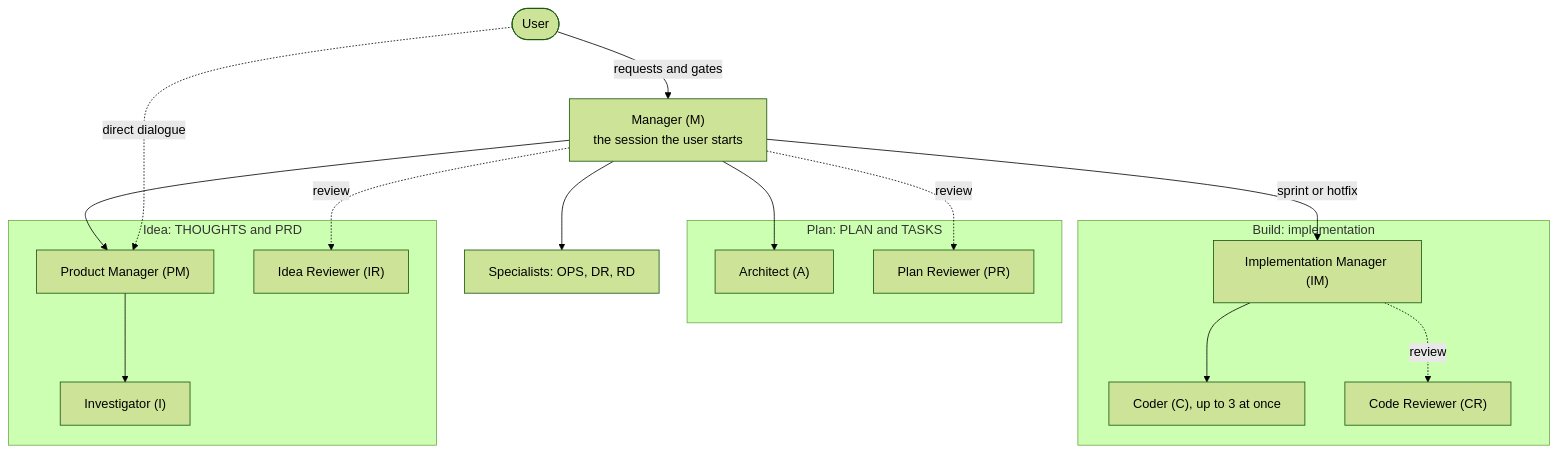
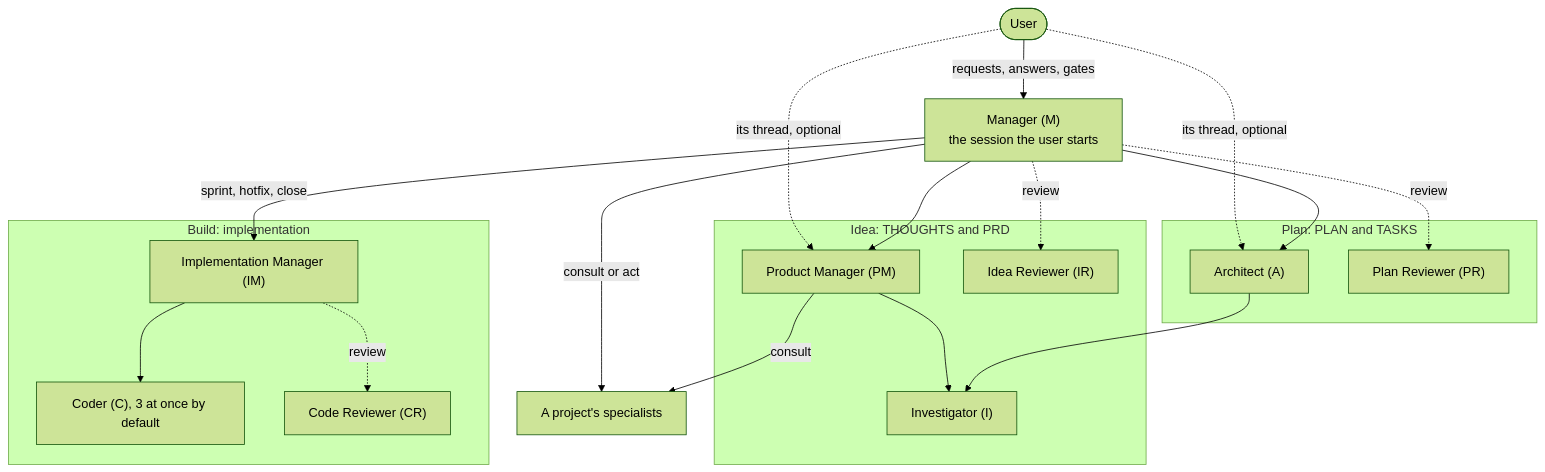
The first of 2 diagrams in docs/agent-roles-framework.md (yzaremba/ai-skills), drawn with Mermaid (forest theme) before and after one commit. The commit also changed other lines of this file and 7 other files, not shown here.

````diff
--- a/docs/agent-roles-framework.md
+++ b/docs/agent-roles-framework.md
@@ -43,36 +44,39 @@
 ```mermaid
 flowchart TD
     U(["User"])
     M["Manager (M)<br/>the session the user starts"]
 
     subgraph idea["Idea: THOUGHTS and PRD"]
         PM["Product Manager (PM)"]
         I["Investigator (I)"]
         IR["Idea Reviewer (IR)"]
     end
 
     subgraph plan["Plan: PLAN and TASKS"]
         A["Architect (A)"]
         PR["Plan Reviewer (PR)"]
     end
 
     subgraph build["Build: implementation"]
-        SL["Implementation Manager (IM)"]
-        C["Coder (C), up to 3 at once"]
+        IM["Implementation Manager (IM)"]
+        C["Coder (C), 3 at once by default"]
         CR["Code Reviewer (CR)"]
     end
 
-    SP["Specialists: OPS, DR, RD"]
+    SP["A project's specialists"]
 
-    U -->|"requests and gates"| M
-    U -.->|"direct dialogue"| PM
+    U -->|"requests, answers, gates"| M
+    U -.->|"its thread, optional"| PM
+    U -.->|"its thread, optional"| A
     M --> PM
     PM --> I
+    A --> I
     M -.->|"review"| IR
     M --> A
     M -.->|"review"| PR
-    M -->|"sprint or hotfix"| SL
-    SL --> C
-    SL -.->|"review"| CR
-    M --> SP
+    M -->|"sprint, hotfix, close"| IM
+    IM --> C
+    IM -.->|"review"| CR
+    M -->|"consult or act"| SP
+    PM -->|"consult"| SP
 ```
````
